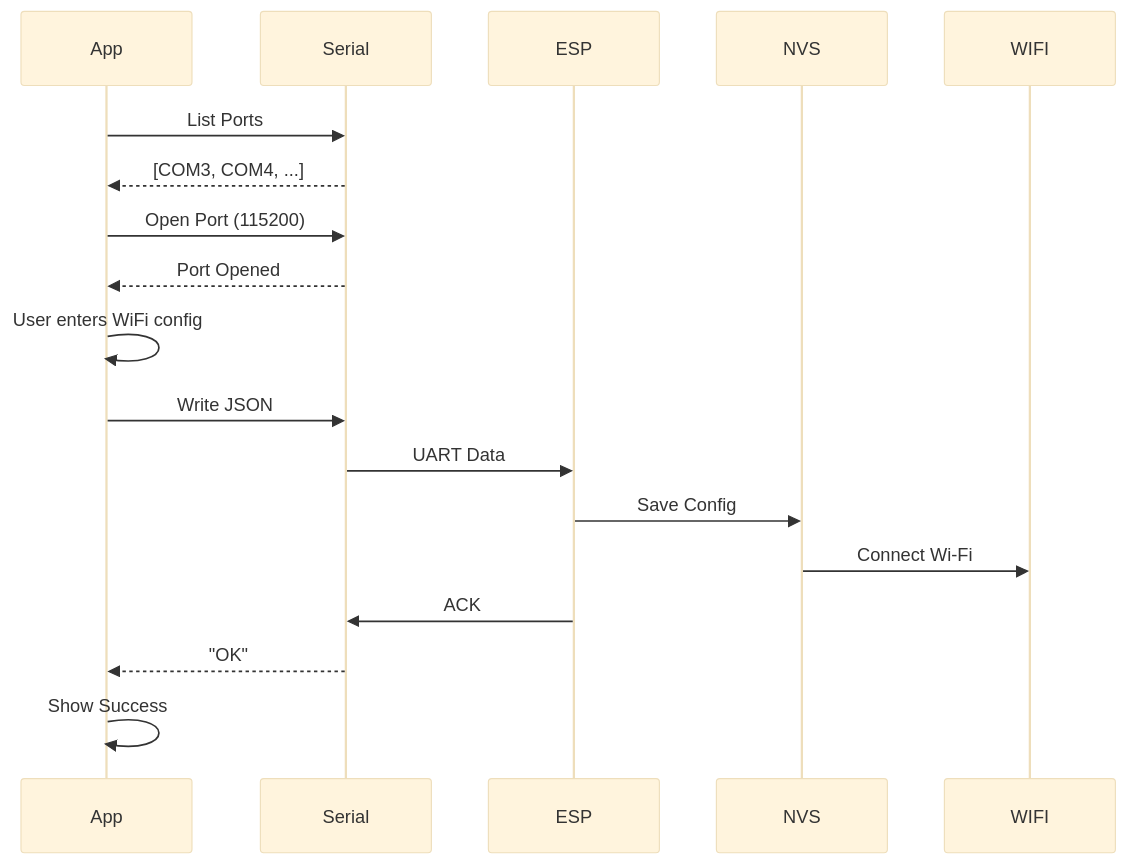
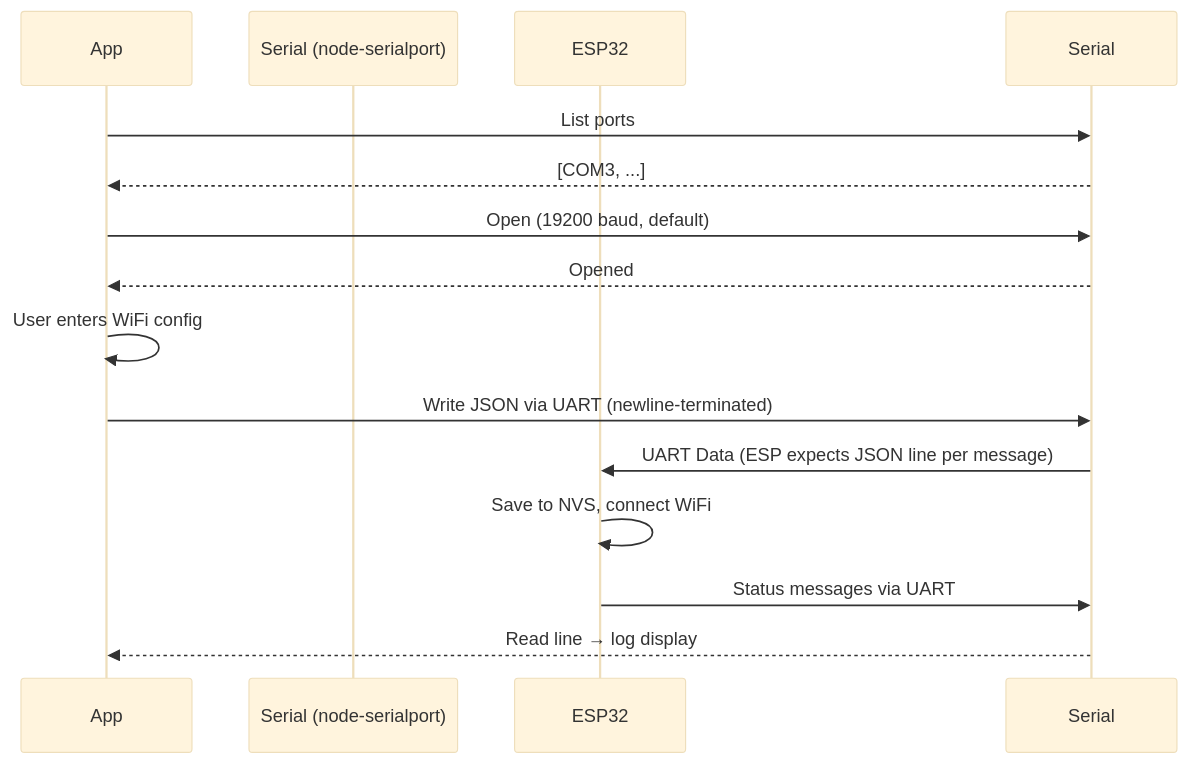
Before and after one commit to hyunu/nexio: the diagram in apps/pc-config/design.md, drawn with Mermaid (base theme). The commit also changed other lines of this file, not shown here.

Commit message:
docs(pc-config): sync design with main process IPC, newline-terminated serial, server endpoints and polling behavior

````diff
--- a/apps/pc-config/design.md
+++ b/apps/pc-config/design.md
@@ -31,23 +15,20 @@
 ```mermaid
 sequenceDiagram
     participant App
-    participant Serial
-    participant ESP
+    participant Serial (node-serialport)
+    participant ESP32
 
-    App->>Serial: List Ports
-    Serial-->>App: [COM3, COM4, ...]
+    App->>Serial: List ports
+    Serial-->>App: [COM3, ...]
 
-    App->>Serial: Open Port (115200)
-    Serial-->>App: Port Opened
+    App->>Serial: Open (19200 baud, default)
+    Serial-->>App: Opened
 
     App->>App: User enters WiFi config
-    App->>Serial: Write JSON
-    Serial->>ESP: UART Data
+App->>Serial: Write JSON via UART (newline-terminated)
+Serial->>ESP32: UART Data (ESP expects JSON line per message)
 
-    ESP->>NVS: Save Config
-    NVS->>WIFI: Connect Wi-Fi
-
-    ESP->>Serial: ACK
-    Serial-->>App: "OK"
-    App->>App: Show Success
+    ESP32->>ESP32: Save to NVS, connect WiFi
+    ESP32->>Serial: Status messages via UART
+    Serial-->>App: Read line → log display
 ```
````
